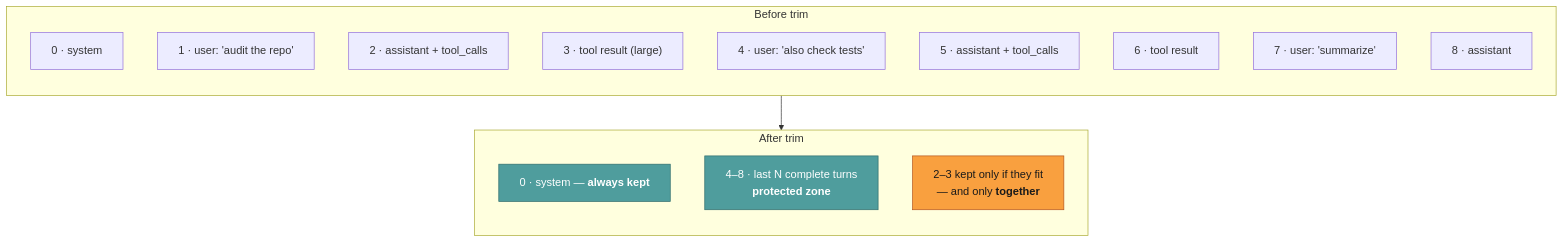
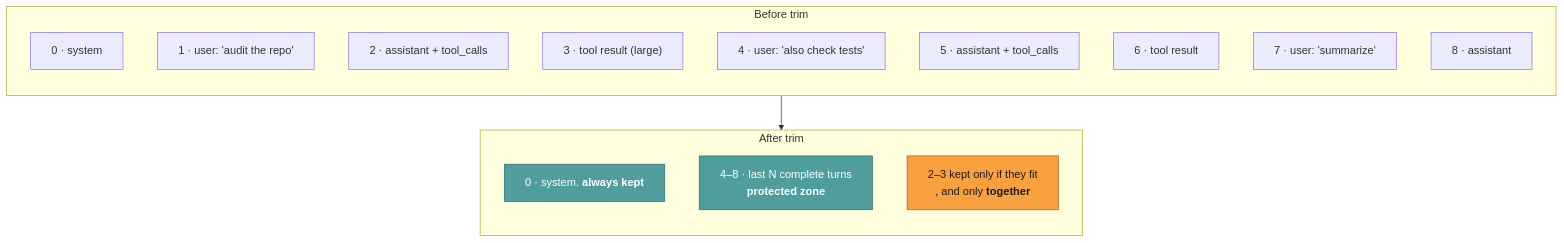
Before and after one commit to lvndry/jazz: the third of 4 diagrams in docs/maintainers/context-lifecycle.md, drawn with Mermaid. The commit also changed other lines of this file and 28 other files, not shown here.

````diff
--- a/docs/maintainers/context-lifecycle.md
+++ b/docs/maintainers/context-lifecycle.md
@@ -124,29 +124,29 @@
 ```mermaid
 flowchart TB
     subgraph before["Before trim"]
         direction TB
         B0["0 · system"]
         B1["1 · user: 'audit the repo'"]
         B2["2 · assistant + tool_calls"]
         B3["3 · tool result (large)"]
         B4["4 · user: 'also check tests'"]
         B5["5 · assistant + tool_calls"]
         B6["6 · tool result"]
         B7["7 · user: 'summarize'"]
         B8["8 · assistant"]
     end
 
     subgraph after["After trim"]
         direction TB
-        A0["0 · system — <b>always kept</b>"]
+        A0["0 · system. <b>always kept</b>"]
         A4["4–8 · last N complete turns<br/><b>protected zone</b>"]
-        A2["2–3 kept only if they fit<br/>— and only <b>together</b>"]
+        A2["2–3 kept only if they fit<br/>,  and only <b>together</b>"]
     end
 
     before --> after
 
     classDef keep fill:#4f9d9d,stroke:#2f6d6d,color:#ffffff
     classDef maybe fill:#f9a03f,stroke:#b3541e,color:#1a1a1a
     class A0,A4 keep
     class A2 maybe
 ```
````
